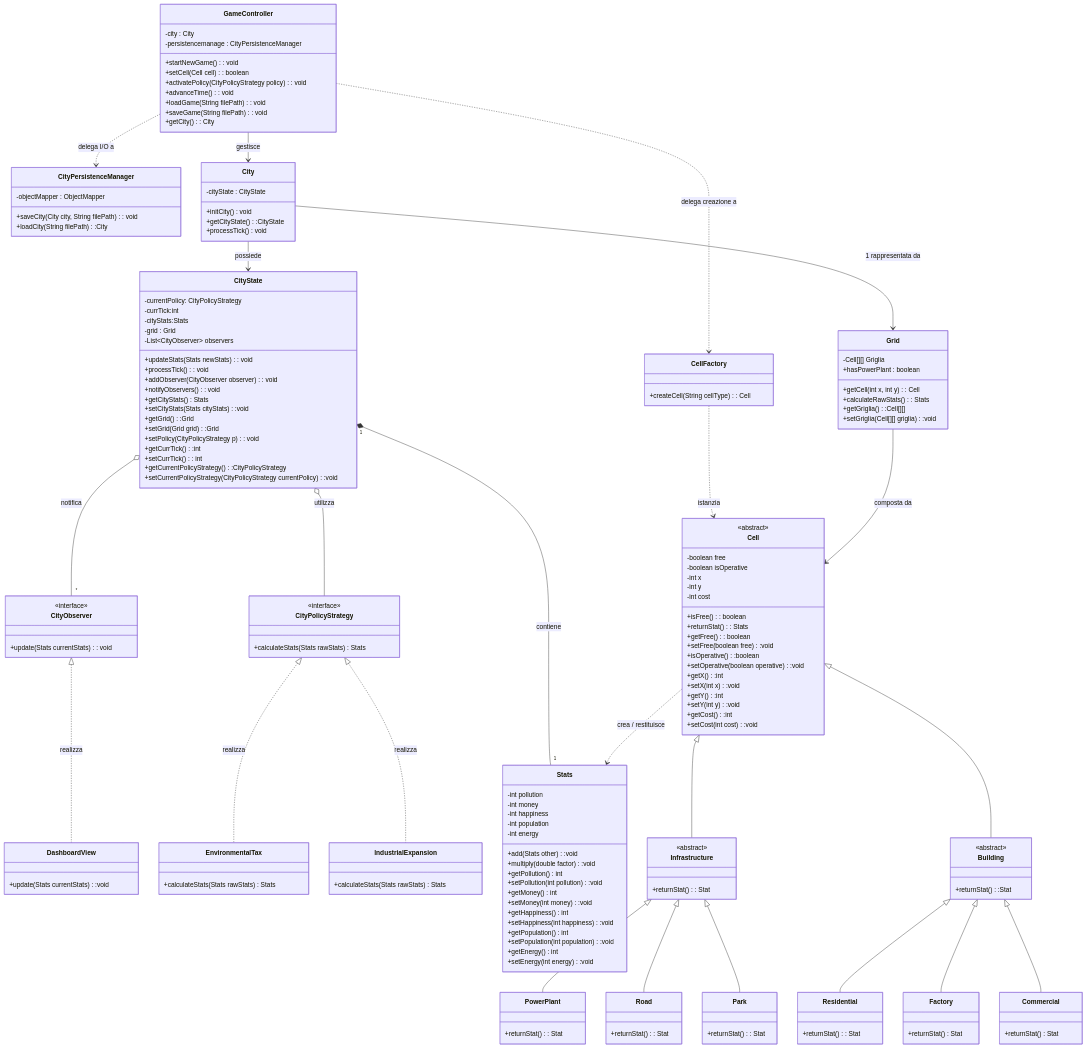
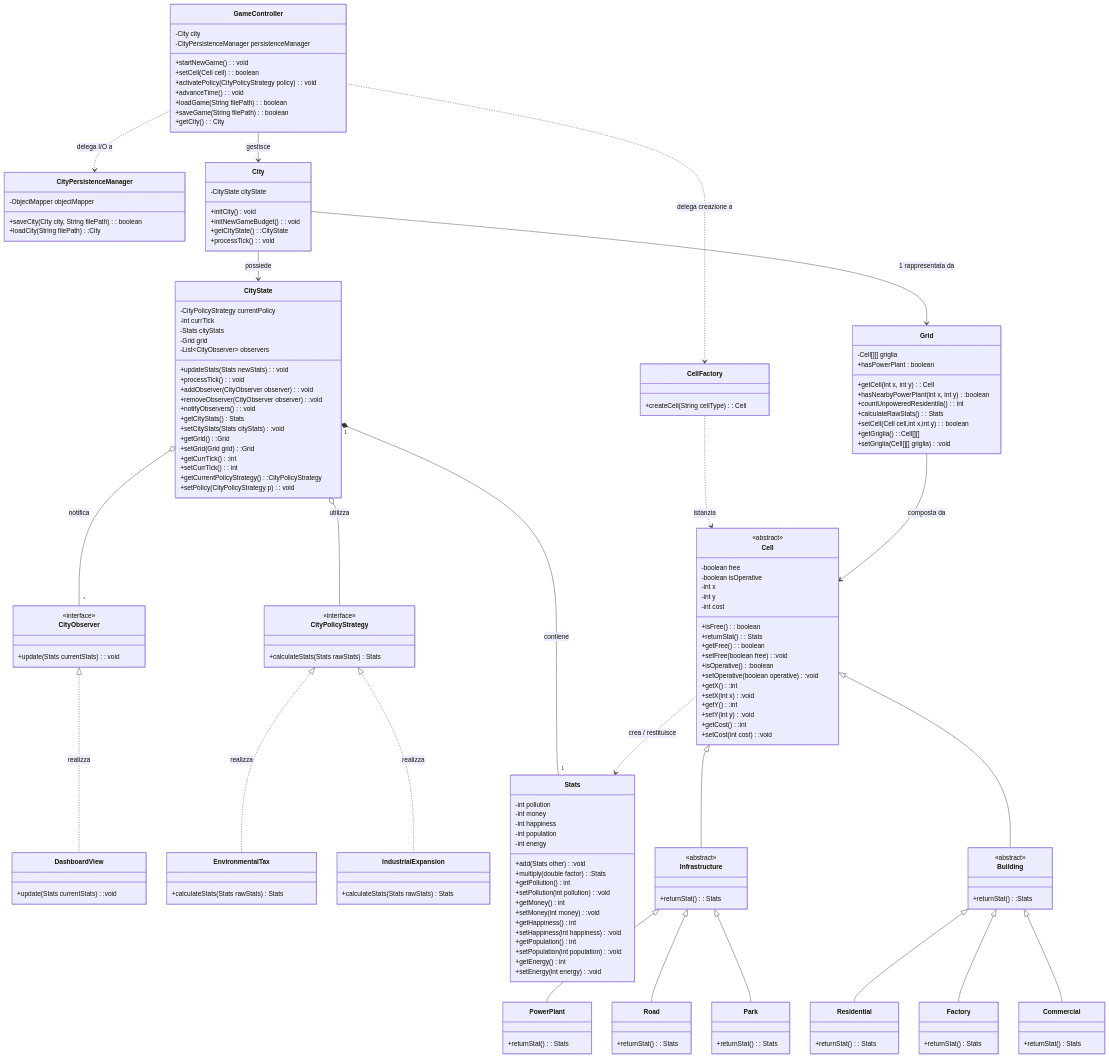
The diagram in docs/DESIGN-CLASS-MODEL/design-class-model.md (andreatoson3-netizen/Amatriciana), drawn with Mermaid before and after one commit.

```diff
--- a/docs/DESIGN-CLASS-MODEL/design-class-model.md
+++ b/docs/DESIGN-CLASS-MODEL/design-class-model.md
@@ -7,14 +7,14 @@
     %% ==========================================
 
     class GameController {
-        -city : City
-        -persistencemanage : CityPersistenceManager
+        -City city
+        -CityPersistenceManager persistenceManager
         +startNewGame() : void
         +setCell(Cell cell) : boolean
         +activatePolicy(CityPolicyStrategy policy): void
         +advanceTime() : void
-        +loadGame(String filePath) : void
-        +saveGame(String filePath): void
+        +loadGame(String filePath) : boolean
+        +saveGame(String filePath): boolean
         +getCity() : City
     }
 
@@ -23,8 +23,8 @@
     }
 
     class CityPersistenceManager {
-        -objectMapper : ObjectMapper
-        +saveCity(City city, String filePath): void
+        -ObjectMapper objectMapper
+        +saveCity(City city, String filePath): boolean
         +loadCity(String filePath) :City
     }
 
@@ -38,31 +38,33 @@
     }
 
     class City {
-        -cityState : CityState 
+        -CityState cityState
         +initCity() void
+        +initNewGameBudget(): void
         +getCityState():CityState
-        +processTick() void
+        +processTick(): void
     }
     
     class CityState {
-        -currentPolicy: CityPolicyStrategy
-        -currTick:int
-        -cityStats:Stats
-        -grid : Grid
+        -CityPolicyStrategy currentPolicy
+        -int currTick
+        -Stats cityStats
+        -Grid grid
         -List~CityObserver~ observers
         +updateStats(Stats newStats): void
         +processTick(): void
         +addObserver(CityObserver observer): void
+        +removeObserver(CityObserver observer):void
          +notifyObservers(): void
         +getCityStats() Stats
         +setCityStats(Stats cityStats):void
         +getGrid() :Grid
         +setGrid(Grid grid):Grid
-        +setPolicy(CityPolicyStrategy p): void
         +getCurrTick() :int
         +setCurrTick(): int
         +getCurrentPolicyStrategy():CityPolicyStrategy
-        +setCurrentPolicyStrategy(CityPolicyStrategy currentPolicy):void
+         +setPolicy(CityPolicyStrategy p): void
+        
        
     }
 
@@ -80,10 +82,13 @@
     }
 
     class Grid {
-        -Cell[][] Griglia
+        -Cell[][] griglia
         +getCell(int x, int y) : Cell
         +hasPowerPlant : boolean
+        +hasNearbyPowerPlant(int x, int y):boolean
+        +countUnpoweredResidentila(): int
         +calculateRawStats() : Stats
+        +setCell(Cell cell,int x,int y): boolean
         +getGriglia():Cell[][]
         +setGriglia(Cell[][] griglia):void
         
@@ -118,7 +123,7 @@
         -int population
         -int energy
         +add(Stats other) :void
-        +multiply(double factor):void
+        +multiply(double factor):Stats
         +getPollution() int
         +setPollution(int pollution):void
         +getMoney() int
@@ -134,36 +139,36 @@
 
     class Infrastructure {
         <<abstract>>
-        +returnStat() : Stat
+        +returnStat() : Stats
     }
     
     class Building {
         <<abstract>>
-      +returnStat():Stat
+      +returnStat():Stats
     }
 
     class PowerPlant {
-        +returnStat() : Stat
+        +returnStat() : Stats
     }
     
     class Road {
-        +returnStat(): Stat
+        +returnStat(): Stats
     }
     
     class Park {
-        +returnStat(): Stat
+        +returnStat(): Stats
     }
 
     class Residential {
-        +returnStat(): Stat
+        +returnStat(): Stats
     }
     
     class Factory {
-        +returnStat() Stat
+        +returnStat() Stats
     }
     
     class Commercial {
-        +returnStat() Stat
+        +returnStat() Stats
     }
 
     %% ==========================================
```
